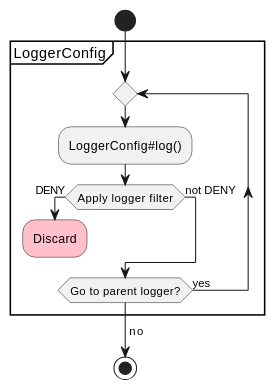
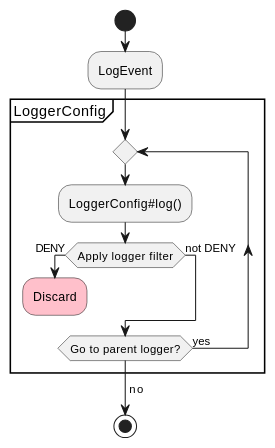
The second of 4 diagrams in src/site/antora/modules/ROOT/pages/manual/filters.adoc (apache/logging-log4j2), drawn with PlantUML before and after one commit. The commit also changed other lines of this file and 1 other file, not shown here.

```diff
--- a/src/site/antora/modules/ROOT/pages/manual/filters.adoc
+++ b/src/site/antora/modules/ROOT/pages/manual/filters.adoc
@@ -117,22 +119,24 @@
 [plantuml]
 ....
 @startuml
 start
+:LogEvent;
+
 group LoggerConfig
 repeat
 
 :LoggerConfig#log();
 
 if (Apply logger filter) then (DENY)
     #pink:Discard;
     detach
 else (not DENY)
     ' The label improves spacing
     label a1
 endif
 repeat while (Go to parent logger?) is (yes)
 -> no;
 end group
 stop
 @enduml
 ....
```
